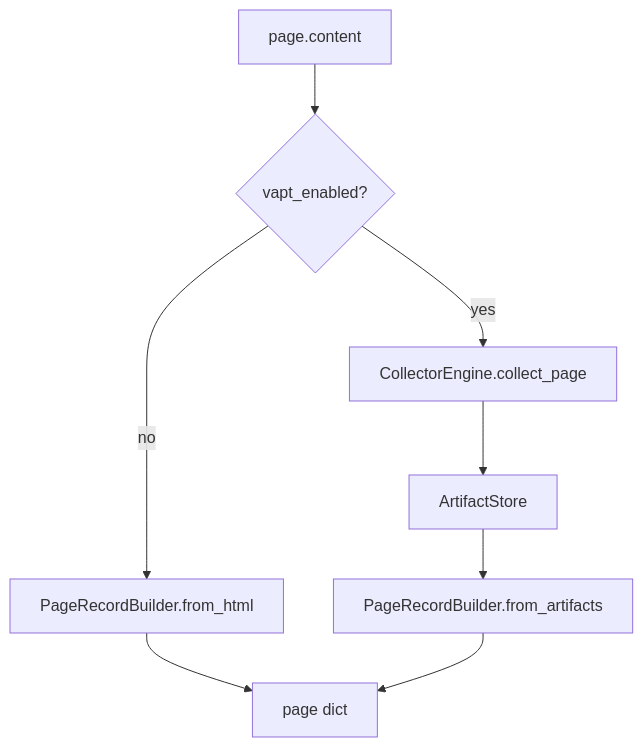
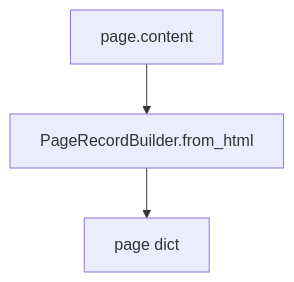
The seventh of 7 diagrams in docs/architecture/CRAWL.md (Shellghostt/WebVac), drawn with Mermaid before and after one commit. The commit also changed other lines of this file and 13 other files, not shown here.

First line of the commit message:
Refresh docs for the scrape-only product flow.

````diff
--- a/docs/architecture/CRAWL.md
+++ b/docs/architecture/CRAWL.md
@@ -173,10 +170,5 @@
 ```mermaid
 flowchart TD
-  HTML[page.content] --> V{vapt_enabled?}
-  V -->|no| PR[PageRecordBuilder.from_html]
-  V -->|yes| CE[CollectorEngine.collect_page]
-  CE --> ART[ArtifactStore]
-  ART --> PR2[PageRecordBuilder.from_artifacts]
+  HTML[page.content] --> PR[PageRecordBuilder.from_html]
   PR --> Dict[page dict]
-  PR2 --> Dict
 ```
````
